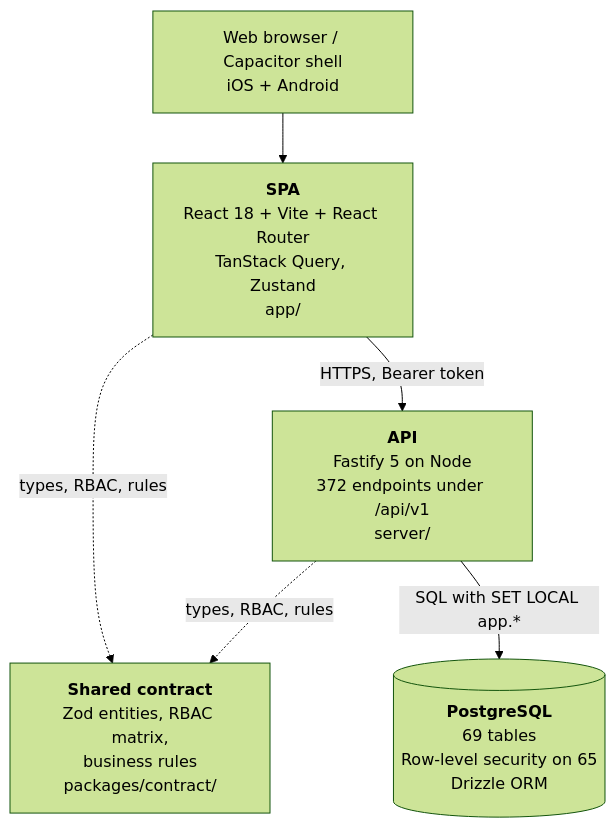
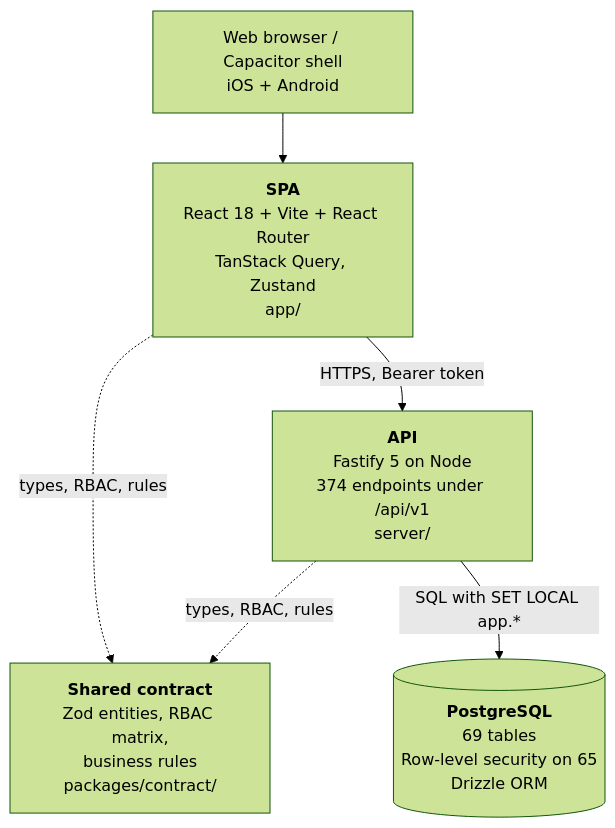
The second of 4 diagrams in docs/15_C4_ARCHITECTURE_DIAGRAMS/C4_MODEL.md (tazamohd/SlClNe), drawn with Mermaid (forest theme) before and after one commit. The commit also changed other lines of this file and 67 other files, not shown here.

````diff
--- a/docs/15_C4_ARCHITECTURE_DIAGRAMS/C4_MODEL.md
+++ b/docs/15_C4_ARCHITECTURE_DIAGRAMS/C4_MODEL.md
@@ -42,13 +42,13 @@
 ```mermaid
 flowchart TB
   browser["Web browser / Capacitor shell<br/>iOS + Android"]
   spa["<b>SPA</b><br/>React 18 + Vite + React Router<br/>TanStack Query, Zustand<br/>app/"]
-  api["<b>API</b><br/>Fastify 5 on Node<br/>372 endpoints under /api/v1<br/>server/"]
+  api["<b>API</b><br/>Fastify 5 on Node<br/>374 endpoints under /api/v1<br/>server/"]
   contract["<b>Shared contract</b><br/>Zod entities, RBAC matrix,<br/>business rules<br/>packages/contract/"]
   db[("<b>PostgreSQL</b><br/>69 tables<br/>Row-level security on 65<br/>Drizzle ORM")]
   browser --> spa
   spa -->|"HTTPS, Bearer token"| api
   spa -.->|"types, RBAC, rules"| contract
   api -.->|"types, RBAC, rules"| contract
   api -->|"SQL with SET LOCAL app.*"| db
 ```
````
